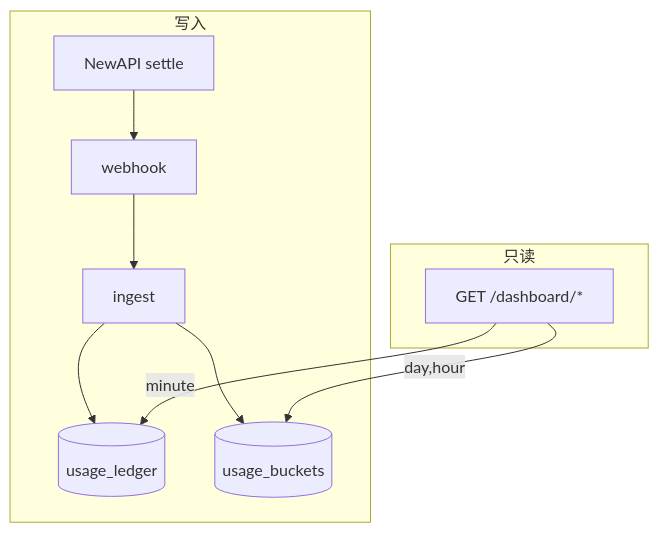
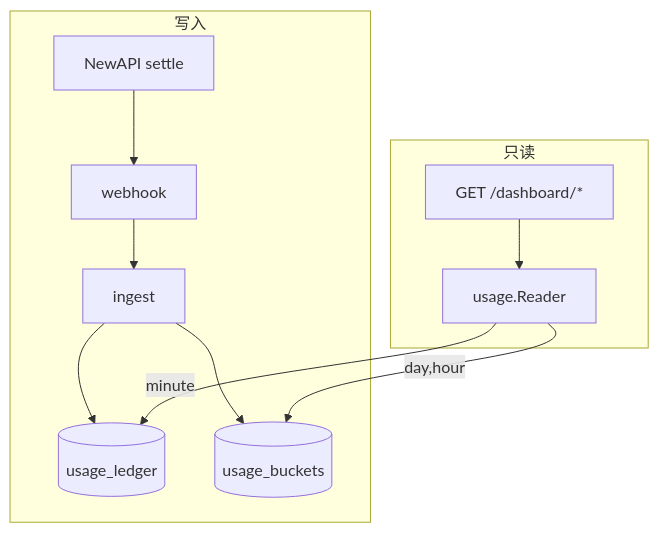
One commit to quyip8818/mytokenjoy changed the diagram in docs/Backend-设计.md. Above: the diagram before and after it, drawn with Mermaid. The commit also changed other lines of this file and 67 other files, not shown here.

````diff
--- a/docs/Backend-设计.md
+++ b/docs/Backend-设计.md
@@ -177,12 +187,13 @@
 ```mermaid
 flowchart TB
   subgraph write [写入]
     NA[NewAPI settle] --> WH[webhook] --> ING[ingest] --> UL[(usage_ledger)]
     ING --> UB[(usage_buckets)]
   end
   subgraph read [只读]
     API["GET /dashboard/*"]
-    API -->|day,hour| UB
-    API -->|minute| UL
+    API --> RDR[usage.Reader]
+    RDR -->|day,hour| UB
+    RDR -->|minute| UL
   end
 ```
````
